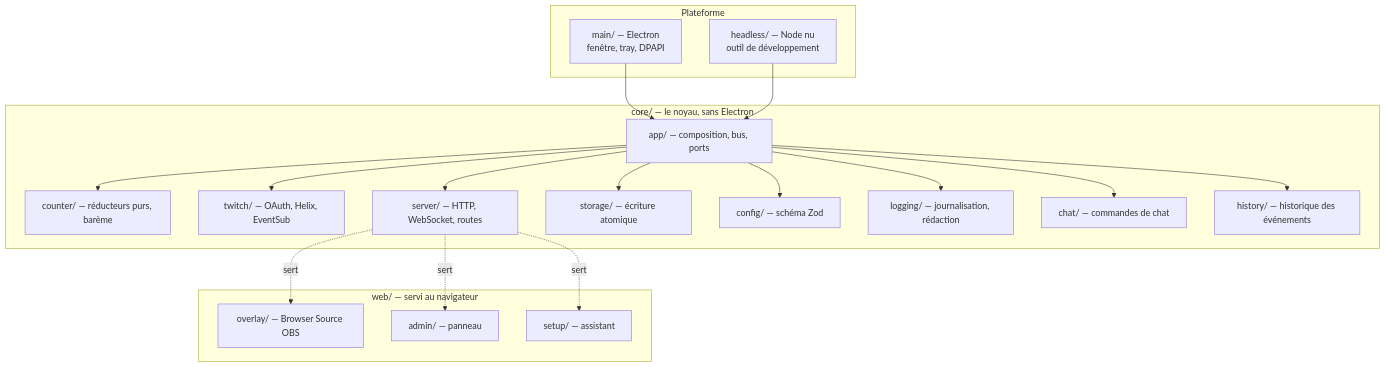
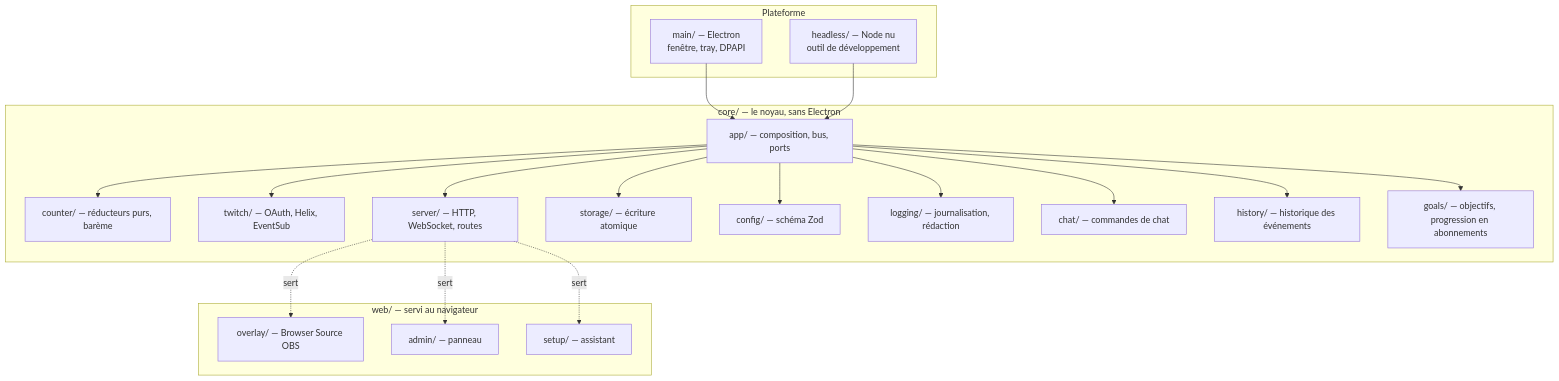
The first of 2 diagrams in docs/ARCHITECTURE.md (thedevopser/ChronoCast), drawn with Mermaid before and after one commit. The commit also changed other lines of this file and 33 other files, not shown here.

First line of the commit message:
feat(objectifs): compter les abonnements sur une échelle de paliers nommés

````diff
--- a/docs/ARCHITECTURE.md
+++ b/docs/ARCHITECTURE.md
@@ -21,39 +21,41 @@
 ```mermaid
 graph TD
     subgraph Plateforme
         MAIN["main/ — Electron<br/>fenêtre, tray, DPAPI"]
         HEADLESS["headless/ — Node nu<br/>outil de développement"]
     end
 
     subgraph "core/ — le noyau, sans Electron"
         APP["app/ — composition, bus, ports"]
         COUNTER["counter/ — réducteurs purs, barème"]
         TWITCH["twitch/ — OAuth, Helix, EventSub"]
         SERVER["server/ — HTTP, WebSocket, routes"]
         STORAGE["storage/ — écriture atomique"]
         CONFIG["config/ — schéma Zod"]
         LOG["logging/ — journalisation, rédaction"]
         CHAT["chat/ — commandes de chat"]
         HISTORY["history/ — historique des événements"]
+        GOALS["goals/ — objectifs, progression en abonnements"]
     end
 
     subgraph "web/ — servi au navigateur"
         OVERLAY["overlay/ — Browser Source OBS"]
         ADMIN["admin/ — panneau"]
         SETUP["setup/ — assistant"]
     end
 
     MAIN --> APP
     HEADLESS --> APP
     APP --> COUNTER
     APP --> TWITCH
     APP --> SERVER
     APP --> STORAGE
     APP --> CONFIG
     APP --> LOG
     APP --> CHAT
     APP --> HISTORY
+    APP --> GOALS
     SERVER -.sert.-> OVERLAY
     SERVER -.sert.-> ADMIN
     SERVER -.sert.-> SETUP
 ```
````
